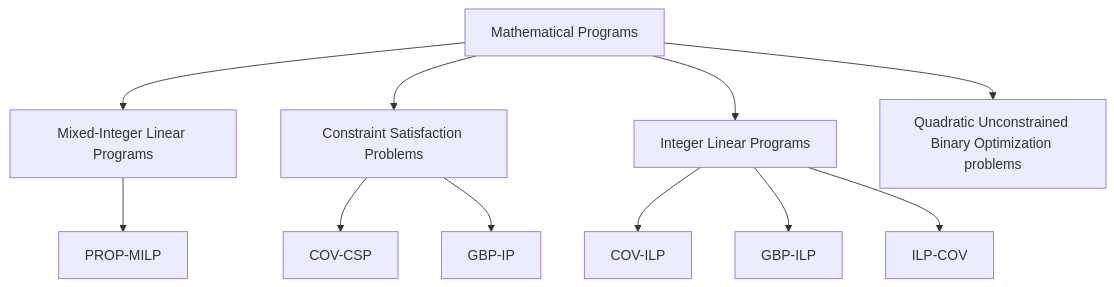
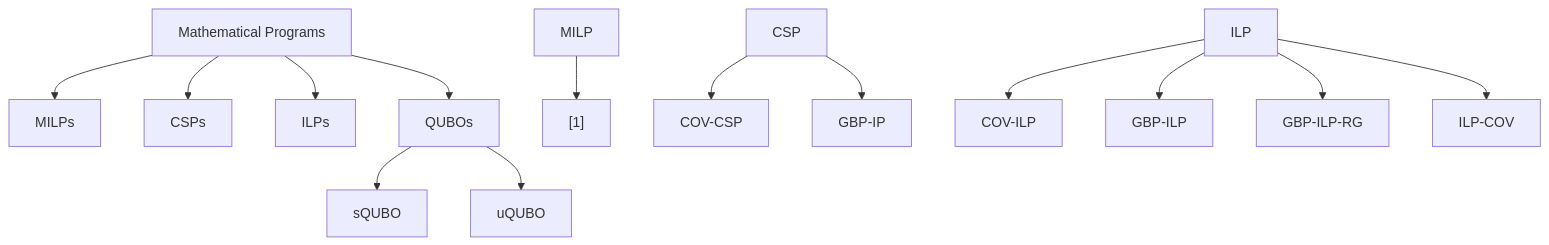
One commit to NodesOnFire/GBP-MPs changed the diagram in README.md. Above: the diagram before and after it, drawn with Mermaid.

````diff
--- a/README.md
+++ b/README.md
@@ -4,13 +4,16 @@
 ```mermaid
 graph TD;
-    MPs["Mathematical Programs"] --> MILP["Mixed-Integer Linear Programs"];
-    MPs["Mathematical Programs"] --> CSP["Constraint Satisfaction Problems"];
-    MPs["Mathematical Programs"] --> ILP["Integer Linear Programs"];
-    MPs["Mathematical Programs"] --> QUBO["Quadratic Unconstrained Binary Optimization problems"];
-    MILP --> PROP-MILP;
+    MPs["Mathematical Programs"] --> MILPs;
+    MPs["Mathematical Programs"] --> CSPs;
+    MPs["Mathematical Programs"] --> ILPs;
+    MPs["Mathematical Programs"] --> QUBOs;
+    MILP --> PROP-MILP["[1]"];
     CSP --> COV-CSP;
     CSP --> GBP-IP;
     ILP --> COV-ILP;
     ILP --> GBP-ILP;
+    ILP --> GBP-ILP-RG;
     ILP --> ILP-COV;
+    QUBOs --> sQUBO;
+    QUBOs --> uQUBO;
 ```
````
